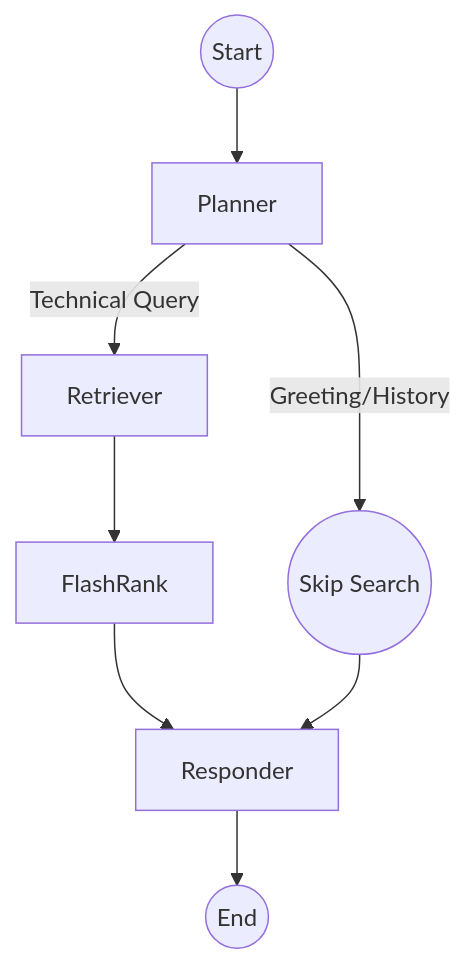
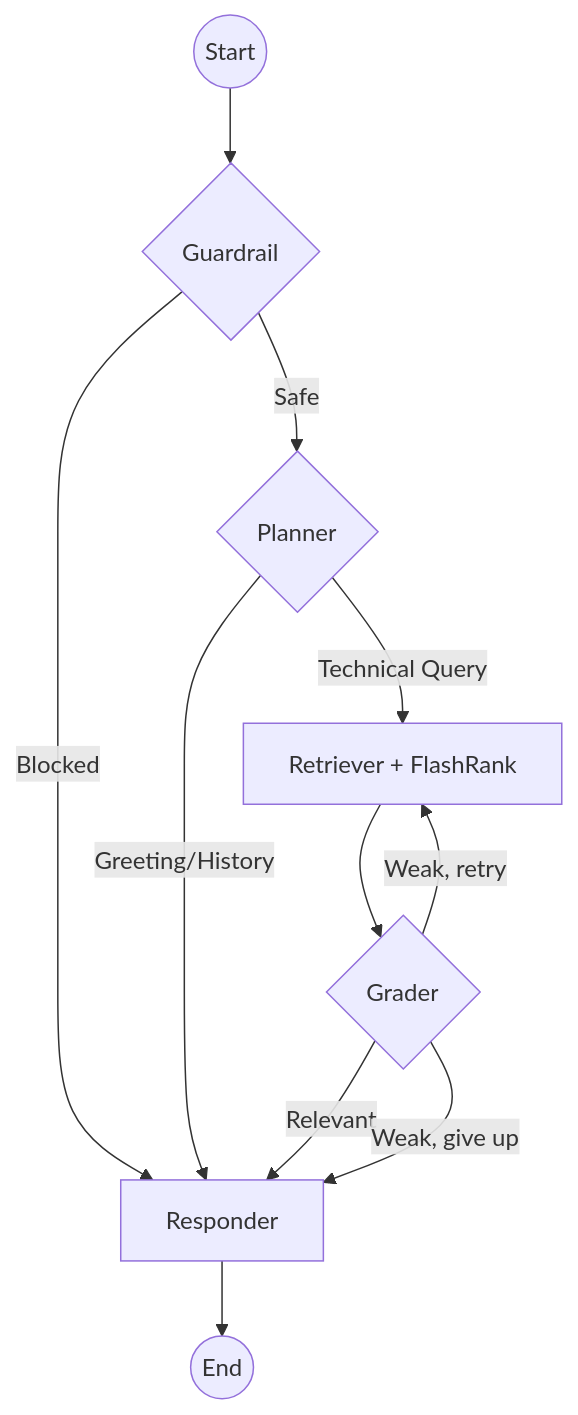
One commit to Ashokultraai/enterprise-rag-with-gcp changed the diagram in DOCS/03_NODE_INTELLIGENCE.md. Above: the diagram before and after it, drawn with Mermaid. The commit also changed other lines of this file and 19 other files, not shown here.

````diff
--- a/DOCS/03_NODE_INTELLIGENCE.md
+++ b/DOCS/03_NODE_INTELLIGENCE.md
@@ -39,10 +50,13 @@
 ```mermaid
 graph TD
-    Start((Start)) --> Planner[Planner]
-    Planner -->|Technical Query| Retriever[Retriever]
-    Planner -->|Greeting/History| Skip((Skip Search))
-    Retriever --> Rerank[FlashRank]
-    Rerank --> Responder[Responder]
-    Skip --> Responder
+    Start((Start)) --> Guard{Guardrail}
+    Guard -->|Blocked| Responder[Responder]
+    Guard -->|Safe| Planner{Planner}
+    Planner -->|Technical Query| Retriever[Retriever + FlashRank]
+    Planner -->|Greeting/History| Responder
+    Retriever --> Grader{Grader}
+    Grader -->|Relevant| Responder
+    Grader -->|Weak, retry| Retriever
+    Grader -->|Weak, give up| Responder
     Responder --> End((End))
 ```
````
